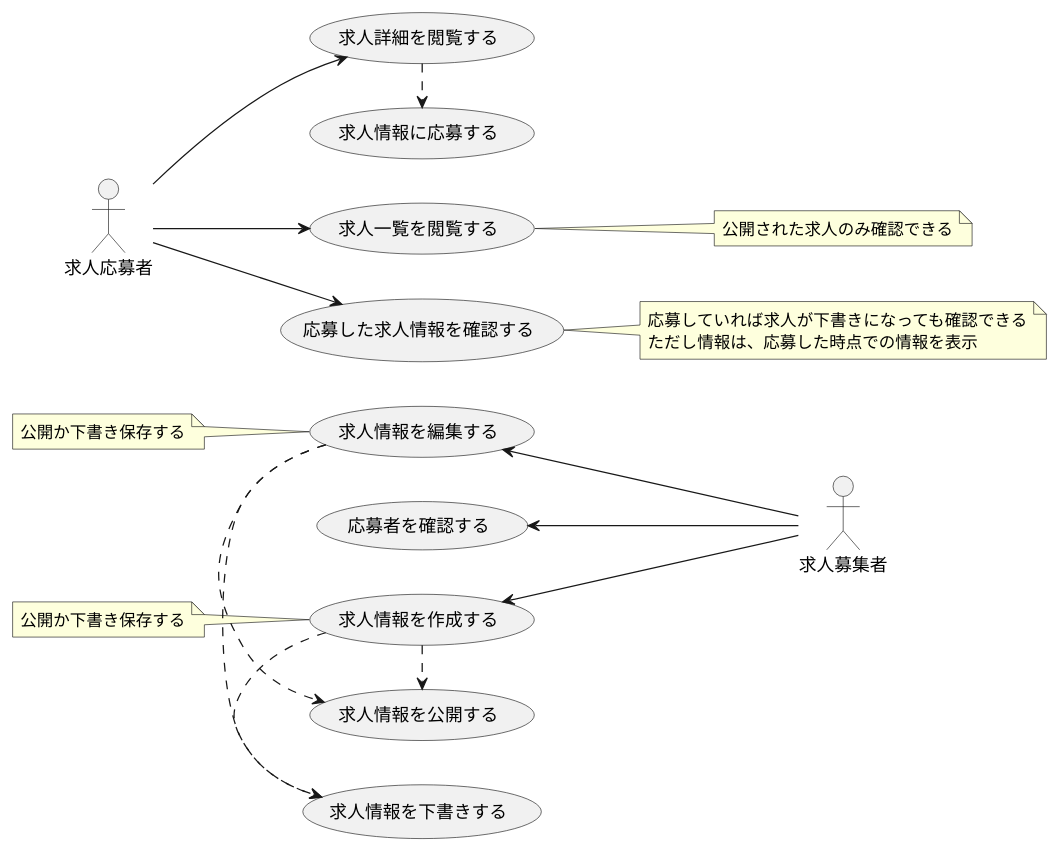
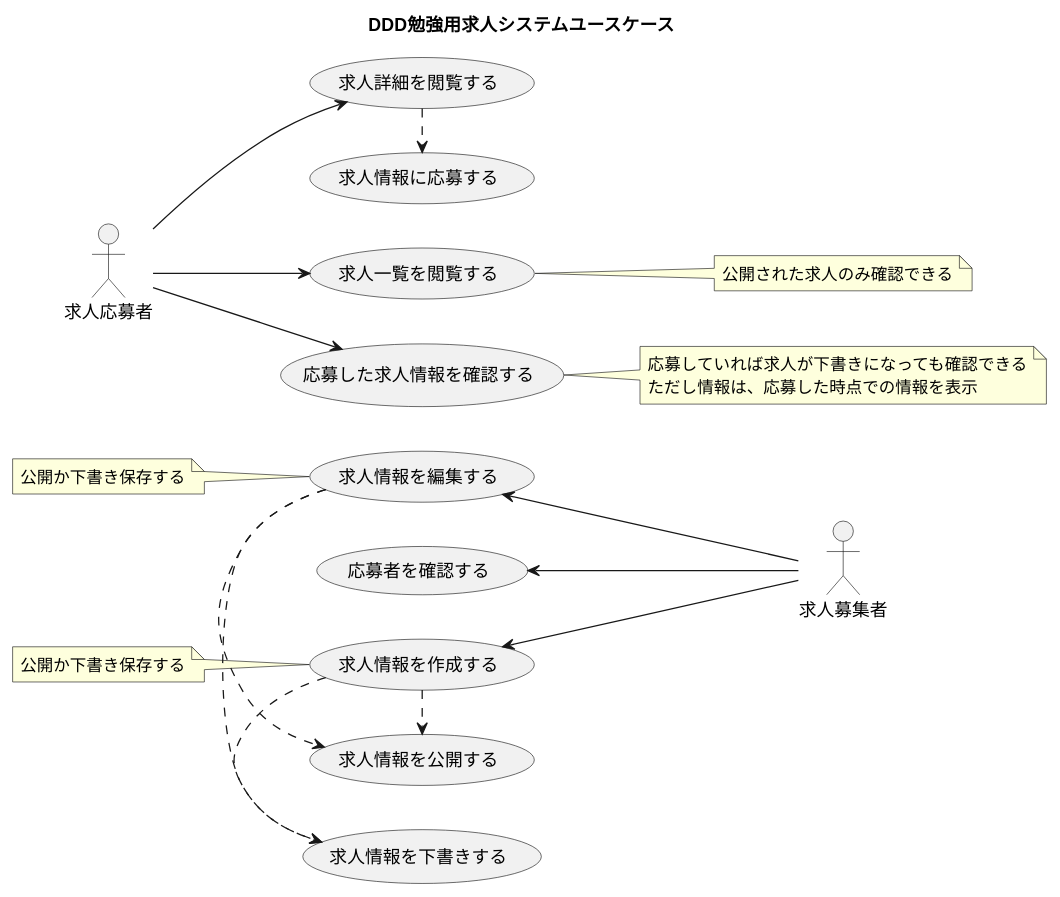
The diagram in docs/usecase/usecase.puml (MikiWaraMiki/springboot-kotlin-job-offer-sample-ddd), drawn with PlantUML before and after one commit.

Commit message:
add title

```diff
--- a/docs/usecase/usecase.puml
+++ b/docs/usecase/usecase.puml
@@ -1,35 +1,36 @@
 @startuml
+title "DDD勉強用求人システムユースケース"
 'https://plantuml.com/use-case-diagram
 left to right direction
 
 :求人募集者: as Client
 :求人応募者: as User
 
 (求人情報を作成する) as (CreateJobOffer)
 (求人情報を編集する) as (EditJobOffer)
 (求人情報を公開する) as (PublicJobOffer)
 (求人情報を下書きする) as (DraftJobOffer)
 (応募者を確認する) as (ShowJobApplicationUserList)
 (求人一覧を閲覧する) as (ShowJobOfferList)
 (求人詳細を閲覧する) as (ShowJobOffer)
 (求人情報に応募する) as (JobApplication)
 (応募した求人情報を確認する) as (ShowJobApplicationHistory)
 
 (CreateJobOffer) <-- Client
 (CreateJobOffer) .> (DraftJobOffer)
 (CreateJobOffer) .> (PublicJobOffer)
 (EditJobOffer) <-- Client
 (EditJobOffer) .> (PublicJobOffer)
 (EditJobOffer) .> (DraftJobOffer)
 (ShowJobApplicationUserList) <-- Client
 
 User --> (ShowJobOfferList)
 User --> (ShowJobOffer)
 (ShowJobOffer) .> (JobApplication)
 User --> (ShowJobApplicationHistory)
 
 note left of (CreateJobOffer) : 公開か下書き保存する
 note left of (EditJobOffer) : 公開か下書き保存する
 note right of (ShowJobOfferList) : 公開された求人のみ確認できる
 note right of (ShowJobApplicationHistory) : 応募していれば求人が下書きになっても確認できる\nただし情報は、応募した時点での情報を表示
 @enduml
```
